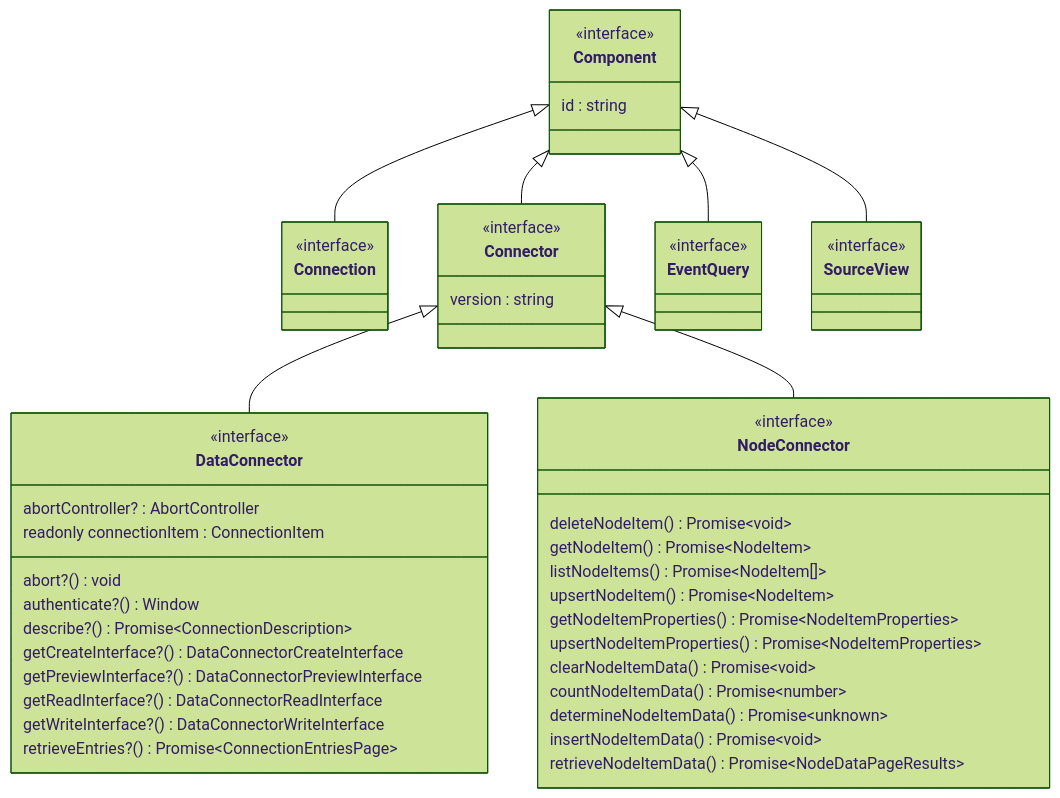
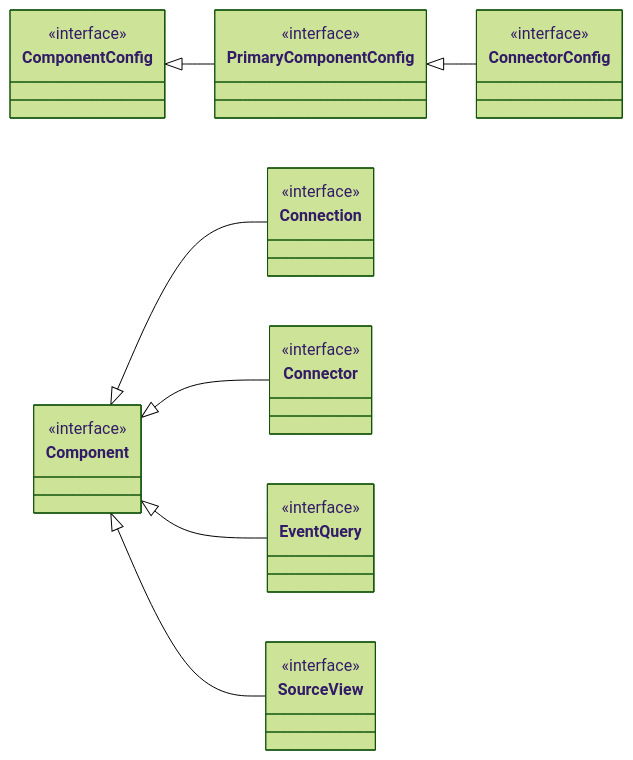
Before and after one commit to data-positioning/datapos-shared: the first of 9 diagrams in README.md, drawn with Mermaid (forest theme). The commit also changed 1 other file, not shown here.

Commit message:
Release v0.0.43

````diff
--- a/README.md
+++ b/README.md
@@ -5,63 +5,45 @@
 ```mermaid
 classDiagram
-    direction TB
+    direction LR
+
+    class ComponentConfig {
+        <<interface>>
+    }
+
+    ComponentConfig <|-- PrimaryComponentConfig
+
+    class PrimaryComponentConfig {
+        <<interface>>
+    }
+
+    PrimaryComponentConfig <|-- ConnectorConfig
+
+    class ConnectorConfig {
+        <<interface>>
+    }
 
     class Component {
         <<interface>>
-        id : string
     }
 
     Component <|-- Connection
     Component <|-- Connector
     Component <|-- EventQuery
     Component <|-- SourceView
 
     class Connection {
         <<interface>>
     }
 
     class Connector {
         <<interface>>
-        version : string
     }
-
-    Connector <|-- DataConnector
-    Connector <|-- NodeConnector
-
-    class DataConnector {
-        <<interface>>
-        abortController? :  AbortController
-        readonly connectionItem :  ConnectionItem
-        abort?() void
-        authenticate?() Window
-        describe?() Promise~ConnectionDescription~
-        getCreateInterface?() DataConnectorCreateInterface
-        getPreviewInterface?() DataConnectorPreviewInterface
-        getReadInterface?() DataConnectorReadInterface
-        getWriteInterface?() DataConnectorWriteInterface
-        retrieveEntries?() Promise~ConnectionEntriesPage~
-    }
-
-    class NodeConnector {
-        <<interface>>
-        deleteNodeItem() Promise~void~
-        getNodeItem() Promise~NodeItem~
-        listNodeItems() Promise~NodeItem[]~
-        upsertNodeItem() Promise~NodeItem~
-        getNodeItemProperties() Promise~NodeItemProperties~
-        upsertNodeItemProperties() Promise~NodeItemProperties~
-        clearNodeItemData() Promise~void~
-        countNodeItemData() Promise~number~
-        determineNodeItemData() Promise~unknown~
-        insertNodeItemData() Promise~void~
-        retrieveNodeItemData() Promise~NodeDataPageResults~
-   }
 
     class EventQuery {
         <<interface>>
     }
 
     class SourceView {
         <<interface>>
     }
 ```
````
